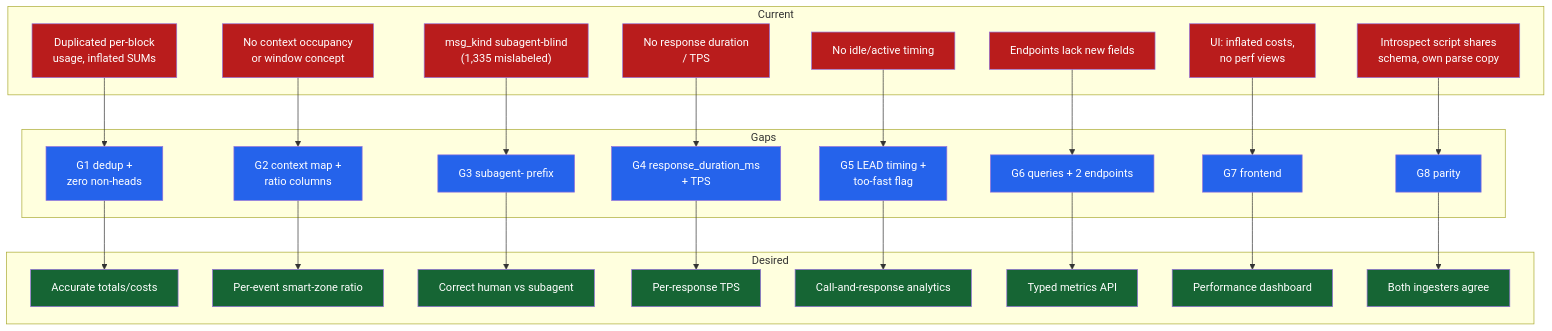
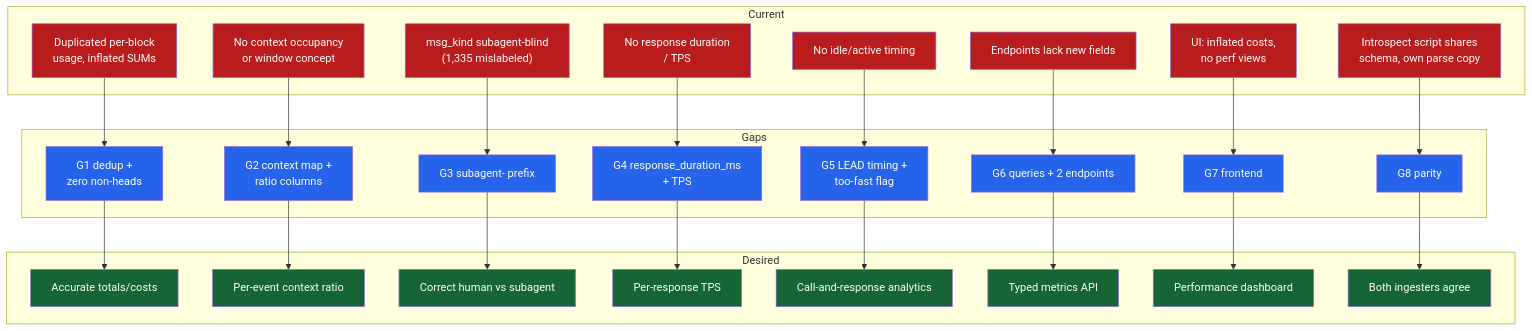
One commit to neozenith/claude-code-sessions changed the fourth of 5 diagrams in docs/plans/tokenometrics.md. Above: the diagram before and after it, drawn with Mermaid. The commit also changed other lines of this file and 10 other files, not shown here.

First line of the commit message:
docs(tokenometrics): drop zone labeling, expose raw context_ratio (ADR)

````diff
--- a/docs/plans/tokenometrics.md
+++ b/docs/plans/tokenometrics.md
@@ -188,47 +190,47 @@
 ```mermaid
 flowchart TD
     subgraph Current
         C1["Duplicated per-block<br/>usage, inflated SUMs"]
         C2["No context occupancy<br/>or window concept"]
         C3["msg_kind subagent-blind<br/>(1,335 mislabeled)"]
         C4["No response duration<br/>/ TPS"]
         C5["No idle/active timing"]
         C6["Endpoints lack new fields"]
         C7["UI: inflated costs,<br/>no perf views"]
         C8["Introspect script shares<br/>schema, own parse copy"]
     end
     subgraph Gaps
         GA1["G1 dedup +<br/>zero non-heads"]
         GA2["G2 context map +<br/>ratio columns"]
         GA3["G3 subagent- prefix"]
         GA4["G4 response_duration_ms<br/>+ TPS"]
         GA5["G5 LEAD timing +<br/>too-fast flag"]
         GA6["G6 queries + 2 endpoints"]
         GA7["G7 frontend"]
         GA8["G8 parity"]
     end
     subgraph Desired
         D1["Accurate totals/costs"]
-        D2["Per-event smart-zone ratio"]
+        D2["Per-event context ratio"]
         D3["Correct human vs subagent"]
         D4["Per-response TPS"]
         D5["Call-and-response analytics"]
         D6["Typed metrics API"]
         D7["Performance dashboard"]
         D8["Both ingesters agree"]
     end
     C1 --> GA1 --> D1
     C2 --> GA2 --> D2
     C3 --> GA3 --> D3
     C4 --> GA4 --> D4
     C5 --> GA5 --> D5
     C6 --> GA6 --> D6
     C7 --> GA7 --> D7
     C8 --> GA8 --> D8
     classDef cur fill:#b91c1c,color:#fff;
     classDef gap fill:#2563eb,color:#fff;
     classDef des fill:#166534,color:#fff;
     class C1,C2,C3,C4,C5,C6,C7,C8 cur
     class GA1,GA2,GA3,GA4,GA5,GA6,GA7,GA8 gap
     class D1,D2,D3,D4,D5,D6,D7,D8 des
 ```
````
